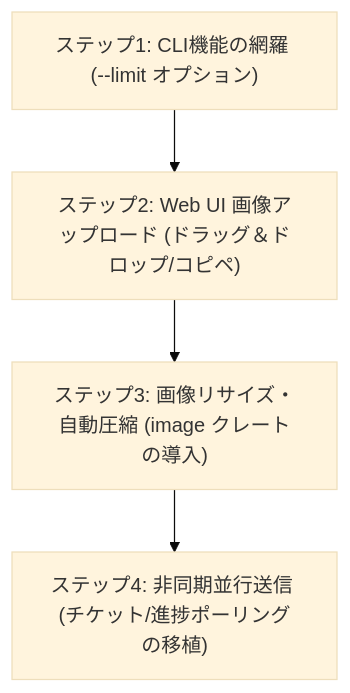
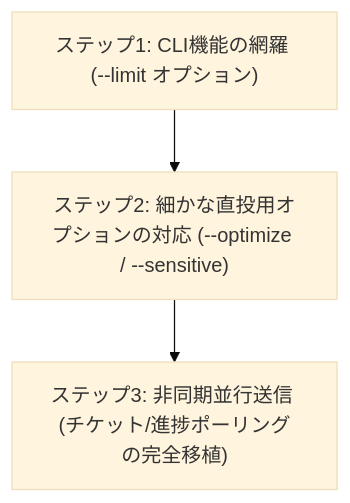
One commit to densuke/blog-autopost changed the diagram in RUST_PORT_GAP_ANALYSIS.md. Above: the diagram before and after it, drawn with Mermaid (base theme). The commit also changed other lines of this file, not shown here.

Commit message:
docs: 移行完了項目（画像アップロード、認証、リサイズ、CLIオプション）を機能差異分析レポートに反映

````diff
--- a/RUST_PORT_GAP_ANALYSIS.md
+++ b/RUST_PORT_GAP_ANALYSIS.md
@@ -68,6 +68,5 @@
 ```mermaid
 graph TD
-    A["ステップ1: CLI機能の網羅 (--limit オプション)"] --> B["ステップ2: Web UI 画像アップロード (ドラッグ＆ドロップ/コピペ)"]
-    B --> C["ステップ3: 画像リサイズ・自動圧縮 (image クレートの導入)"]
-    C --> D["ステップ4: 非同期並行送信 (チケット/進捗ポーリングの移植)"]
+    A["ステップ1: CLI機能の網羅 (--limit オプション)"] --> B["ステップ2: 細かな直投用オプションの対応 (--optimize / --sensitive)"]
+    B --> C["ステップ3: 非同期並行送信 (チケット/進捗ポーリングの完全移植)"]
 ```
````
